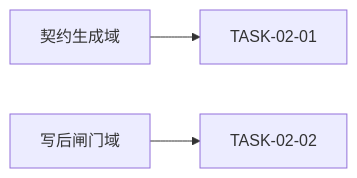
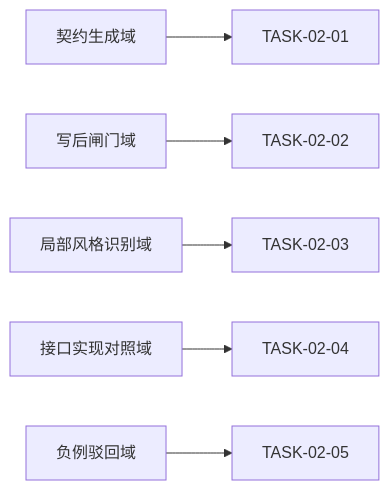
The second of 2 diagrams in doc/3-实施/2026-07-13_174006_代码风格体系反馈驱动持续迭代_实施周期02_加载与规避.md (luode0320/luode-skills), drawn with Mermaid before and after one commit. The commit also changed other lines of this file and 3 other files, not shown here.

````diff
--- a/doc/3-实施/2026-07-13_174006_代码风格体系反馈驱动持续迭代_实施周期02_加载与规避.md
+++ b/doc/3-实施/2026-07-13_174006_代码风格体系反馈驱动持续迭代_实施周期02_加载与规避.md
@@ -94,5 +154,8 @@
 ```mermaid
 flowchart LR
     D1[契约生成域] --> T1[TASK-02-01]
     D2[写后闸门域] --> T2[TASK-02-02]
+    D3[局部风格识别域] --> T3[TASK-02-03]
+    D4[接口实现对照域] --> T4[TASK-02-04]
+    D5[负例驳回域] --> T5[TASK-02-05]
 ```
````
